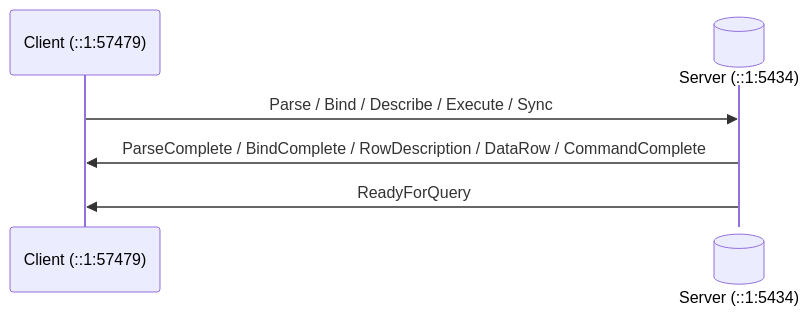
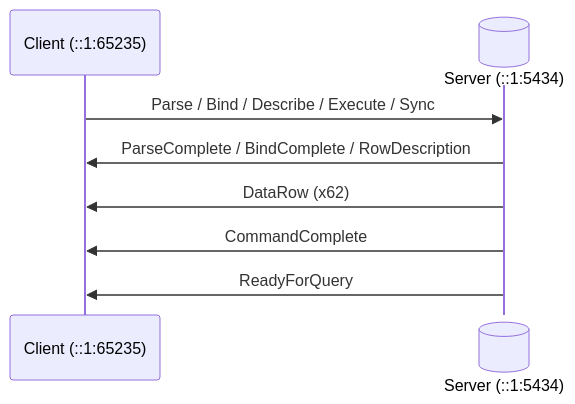
Before and after one commit to xfischer/pg_protoexport: the diagram in docs/examples/exports/pagila-04-extended-query-unnamed-statement/capture.mermaid.seq.md, drawn with Mermaid. The commit also changed 135 other files, not shown here.

````diff
--- a/docs/examples/exports/pagila-04-extended-query-unnamed-statement/capture.mermaid.seq.md
+++ b/docs/examples/exports/pagila-04-extended-query-unnamed-statement/capture.mermaid.seq.md
@@ -2,8 +2,10 @@
 ```mermaid
 sequenceDiagram
-    participant C as Client (::1:57479)
+    participant C as Client (::1:65235)
     participant S@{ "type" : "database" } as Server (::1:5434)
     C->>S: Parse / Bind / Describe / Execute / Sync
-    S->>C: ParseComplete / BindComplete / RowDescription / DataRow / CommandComplete
+    S->>C: ParseComplete / BindComplete / RowDescription
+    S->>C: DataRow (x62)
+    S->>C: CommandComplete
     S->>C: ReadyForQuery
 ```
````
